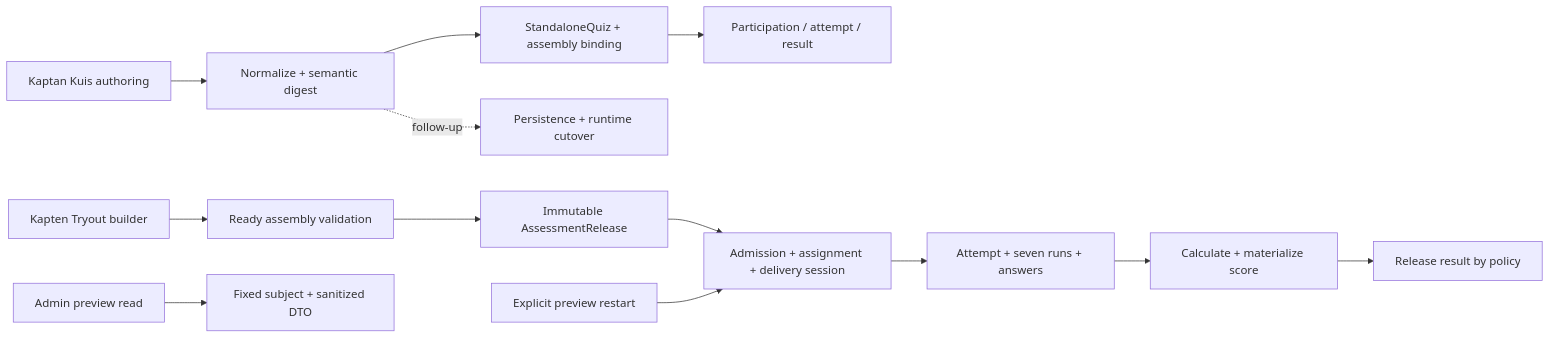
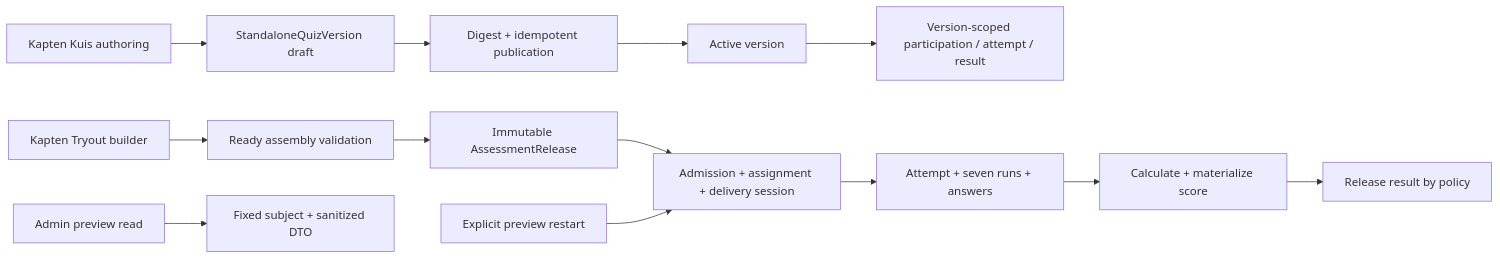
Before and after one commit to crlnravel/vecalss-app: the diagram in docs/wiki/assessment-lifecycle.md, drawn with Mermaid. The commit also changed other lines of this file and 8 other files, not shown here.

````diff
--- a/docs/wiki/assessment-lifecycle.md
+++ b/docs/wiki/assessment-lifecycle.md
@@ -9,17 +9,17 @@
 ```mermaid
 flowchart LR
-    KuisAuthor[Kaptan Kuis authoring] --> KuisContract[Normalize + semantic digest]
-    KuisContract --> KuisPersist[StandaloneQuiz + assembly binding]
-    KuisPersist --> KuisLearner[Participation / attempt / result]
-    KuisContract -. follow-up .-> KuisRuntime[Persistence + runtime cutover]
+    KuisAuthor[Kapten Kuis authoring] --> KuisDraft[StandaloneQuizVersion draft]
+    KuisDraft --> KuisPublish[Digest + idempotent publication]
+    KuisPublish --> KuisActive[Active version]
+    KuisActive --> KuisLearner[Version-scoped participation / attempt / result]
 
     TryoutAuthor[Kapten Tryout builder] --> Assembly[Ready assembly validation]
     Assembly --> Release[Immutable AssessmentRelease]
     Release --> Delivery[Admission + assignment + delivery session]
     Delivery --> Attempt[Attempt + seven runs + answers]
     Attempt --> Score[Calculate + materialize score]
     Score --> Result[Release result by policy]
 
     PreviewRead[Admin preview read] --> PreviewDTO[Fixed subject + sanitized DTO]
     PreviewRestart[Explicit preview restart] --> Delivery
 ```
````
